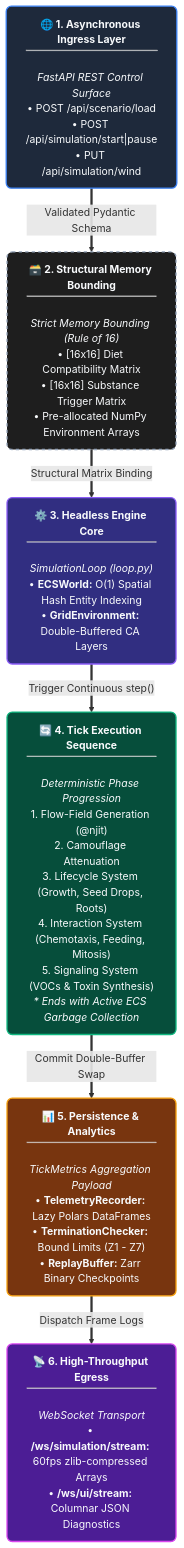
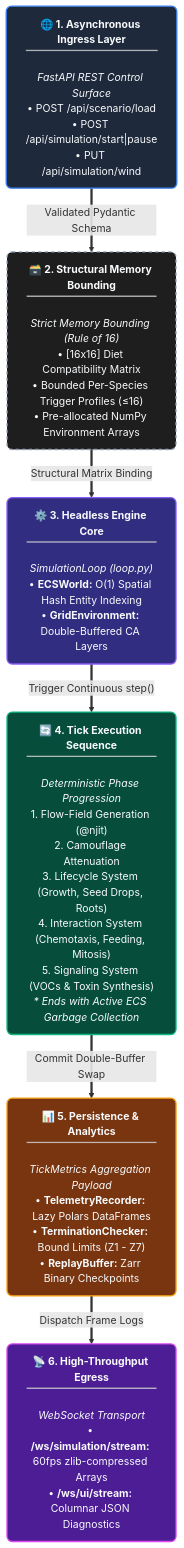
Before and after one commit to foersben/PHIDS: the second of 3 diagrams in docs/technical_architecture/system_architecture.md, drawn with Mermaid. The commit also changed 4 other files, not shown here.

Commit message:
📜 Canon [Docs Sync]: Update trigger architecture documentation to reflect active per-species implementation

````diff
--- a/docs/technical_architecture/system_architecture.md
+++ b/docs/technical_architecture/system_architecture.md
@@ -107,35 +107,35 @@
 ```mermaid
 flowchart TD
     %% Base Styling & Theme Definitions
     classDef ingress fill:#1E293B, stroke:#3B82F6, stroke-width:2px, color:#F8FAFC, rx:8px, ry:8px
     classDef constraint fill:#1e1e1e, stroke:#94A3B8, stroke-width:2px, stroke-dasharray: 5 5, color:#F8FAFC, rx:8px, ry:8px
     classDef core fill:#312E81, stroke:#8B5CF6, stroke-width:2px, color:#F8FAFC, rx:8px, ry:8px
     classDef tick fill:#064E3B, stroke:#10B981, stroke-width:2px, color:#F8FAFC, rx:8px, ry:8px
     classDef telemetry fill:#78350F, stroke:#F59E0B, stroke-width:2px, color:#F8FAFC, rx:8px, ry:8px
     classDef egress fill:#4C1D95, stroke:#D946EF, stroke-width:2px, color:#F8FAFC, rx:8px, ry:8px
 
     %% 1. API INGRESS
     A["<b>🌐 1. Asynchronous Ingress Layer</b><br/><hr style='border:1px solid #3B82F6; margin: 4px 0;'/><br/><i>FastAPI REST Control Surface</i><br/>• POST /api/scenario/load<br/>• POST /api/simulation/start|pause<br/>• PUT /api/simulation/wind"]:::ingress
 
     %% 2. STRUCTURAL CONSTRAINTS
-    B["<b>🗃️ 2. Structural Memory Bounding</b><br/><hr style='border:1px solid #94A3B8; margin: 4px 0;'/><br/><i>Strict Memory Bounding (Rule of 16)</i><br/>• [16x16] Diet Compatibility Matrix<br/>• [16x16] Substance Trigger Matrix<br/>• Pre-allocated NumPy Environment Arrays"]:::constraint
+    B["<b>🗃️ 2. Structural Memory Bounding</b><br/><hr style='border:1px solid #94A3B8; margin: 4px 0;'/><br/><i>Strict Memory Bounding (Rule of 16)</i><br/>• [16x16] Diet Compatibility Matrix<br/>• Bounded Per-Species Trigger Profiles (≤16)<br/>• Pre-allocated NumPy Environment Arrays"]:::constraint
 
     %% 3. ENGINE CORE
     C["<b>⚙️ 3. Headless Engine Core</b><br/><hr style='border:1px solid #8B5CF6; margin: 4px 0;'/><br/><i>SimulationLoop (loop.py)</i><br/>• <b>ECSWorld:</b> O(1) Spatial Hash Entity Indexing<br/>• <b>GridEnvironment:</b> Double-Buffered CA Layers"]:::core
 
     %% 4. EXECUTION PIPELINE
     D["<b>🔄 4. Tick Execution Sequence</b><br/><hr style='border:1px solid #10B981; margin: 4px 0;'/><br/><i>Deterministic Phase Progression</i><br/>1. Flow-Field Generation (@njit)<br/>2. Camouflage Attenuation<br/>3. Lifecycle System (Growth, Seed Drops, Roots)<br/>4. Interaction System (Chemotaxis, Feeding, Mitosis)<br/>5. Signaling System (VOCs & Toxin Synthesis)<br/><i>* Ends with Active ECS Garbage Collection</i>"]:::tick
 
     %% 5. PERSISTENCE & ANALYTICS
     E["<b>📊 5. Persistence & Analytics</b><br/><hr style='border:1px solid #F59E0B; margin: 4px 0;'/><br/><i>TickMetrics Aggregation Payload</i><br/>• <b>TelemetryRecorder:</b> Lazy Polars DataFrames<br/>• <b>TerminationChecker:</b> Bound Limits (Z1 - Z7)<br/>• <b>ReplayBuffer:</b> Zarr Binary Checkpoints"]:::telemetry
 
     %% 6. EGRESS SURFACES
     F["<b>📡 6. High-Throughput Egress</b><br/><hr style='border:1px solid #D946EF; margin: 4px 0;'/><br/><i>WebSocket Transport</i><br/>• <b>/ws/simulation/stream:</b> 60fps zlib-compressed Arrays<br/>• <b>/ws/ui/stream:</b> Columnar JSON Diagnostics"]:::egress
 
     %% The Central Pipeline Spine
     A == Validated Pydantic Schema ==> B
     B == Structural Matrix Binding ==> C
     C == Trigger Continuous step() ==> D
     D == Commit Double-Buffer Swap ==> E
     E == Dispatch Frame Logs ==> F
 ```
````
